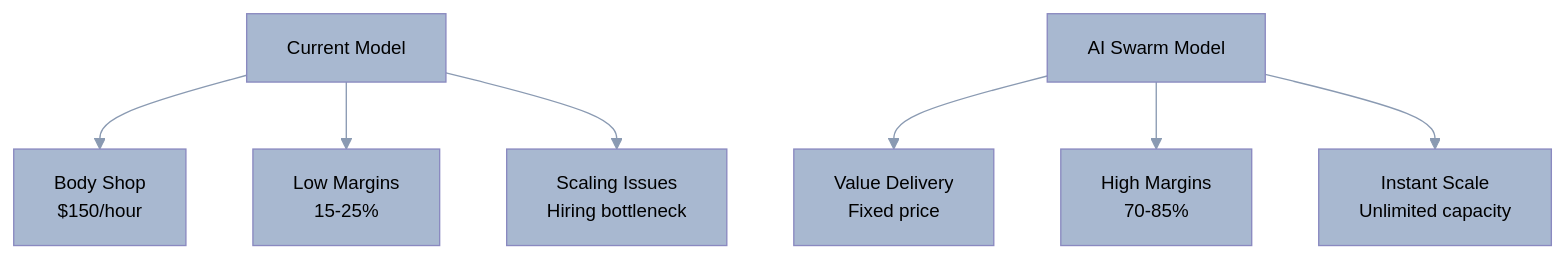
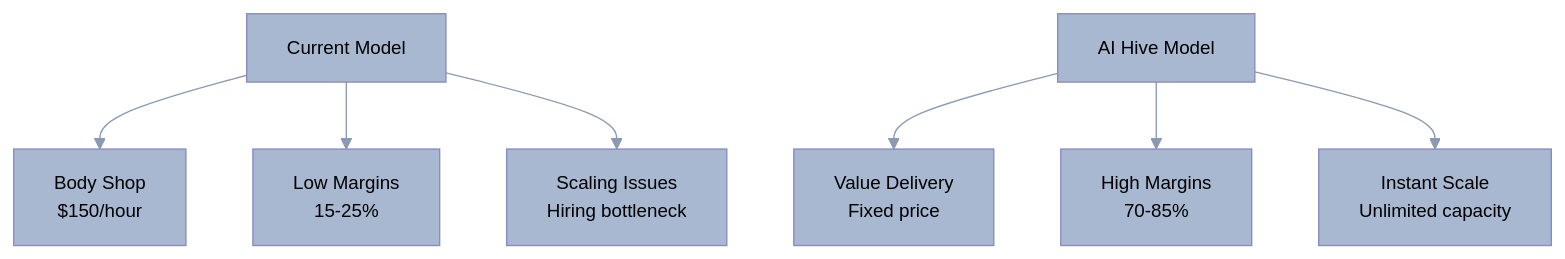
One commit to o2alexanderfedin/AI-Hive-Business-Docs changed the second of 7 diagrams in business-documents/market-analysis/04-customer-segments.md. Above: the diagram before and after it, drawn with Mermaid. The commit also changed other lines of this file and 22 other files, not shown here.

First line of the commit message:
Replace all references from 'AI Swarm' to 'AI Hive' across project

````diff
--- a/business-documents/market-analysis/04-customer-segments.md
+++ b/business-documents/market-analysis/04-customer-segments.md
@@ -148,72 +148,72 @@
 ```mermaid
 %%{init: {
   'theme': 'base',
   'themeVariables': {
     'primaryColor': '#A8B8D0',
     'primaryTextColor': '#000000',
     'primaryBorderColor': '#8A9AB2',
     'lineColor': '#8A9AB2',
     'secondaryColor': '#5DBCB6',
     'secondaryTextColor': '#000000',
     'secondaryBorderColor': '#3D9A94',
     'tertiaryColor': '#84D4F5',
     'tertiaryTextColor': '#000000',
     'tertiaryBorderColor': '#5ABCD8',
     'background': '#F5F5F5',
     'mainBkg': '#A8B8D0',
     'secondBkg': '#5DBCB6',
     'tertiaryBkg': '#84D4F5',
     'mainContrastColor': '#000000',
     'darkMode': false,
     'fontFamily': 'Arial, sans-serif',
     'fontSize': '14px',
     'labelBackground': '#E8E8E8',
     'textColor': '#000000',
     'nodeBkg': '#B3B2D8',
     'nodeTextColor': '#000000',
     'nodeBorder': '#8A89C0',
     'clusterBkg': '#E5C4CA',
     'clusterBorder': '#CDA2AB',
     'defaultLinkColor': '#8A9AB2',
     'titleColor': '#000000',
     'edgeLabelBackground': '#F5F5F5',
     'actorBorder': '#8A9AB2',
     'actorBkg': '#B3B2D8',
     'actorTextColor': '#000000',
     'actorLineColor': '#8A9AB2',
     'signalColor': '#000000',
     'signalTextColor': '#000000',
     'activationBorderColor': '#8A9AB2',
     'activationBkgColor': '#E5C4CA',
     'sequenceNumberColor': '#000000',
     'sectionBkgColor': '#FFD54F',
     'altSectionBkgColor': '#FFB74D',
     'sectionBkgColor2': '#E1B3C4',
     'taskBorderColor': '#8A9AB2',
     'taskBkgColor': '#B3B2D8',
     'taskTextColor': '#000000',
     'taskTextLightColor': '#000000',
     'taskTextOutsideColor': '#000000',
     'taskTextClickableColor': '#000000',
     'activeTaskBorderColor': '#A8B8D0',
     'activeTaskBkgColor': '#84D4F5',
     'gridColor': '#C0C0C0',
     'doneTaskBkgColor': '#5DBCB6',
     'doneTaskBorderColor': '#3D9A94',
     'critBorderColor': '#E27D00',
     'critBkgColor': '#FFB74D',
     'todayLineColor': '#E27D00',
     'labelColor': '#000000',
     'errorBkgColor': '#E1B3C4',
     'errorTextColor': '#000000'
   }
 }}%%
 graph TD
     A[Current Model] --> A1[Body Shop<br/>$150/hour]
     A --> A2[Low Margins<br/>15-25%]
     A --> A3[Scaling Issues<br/>Hiring bottleneck]
 
-    B[AI Swarm Model] --> B1[Value Delivery<br/>Fixed price]
+    B[AI Hive Model] --> B1[Value Delivery<br/>Fixed price]
     B --> B2[High Margins<br/>70-85%]
     B --> B3[Instant Scale<br/>Unlimited capacity]
 ```
````
